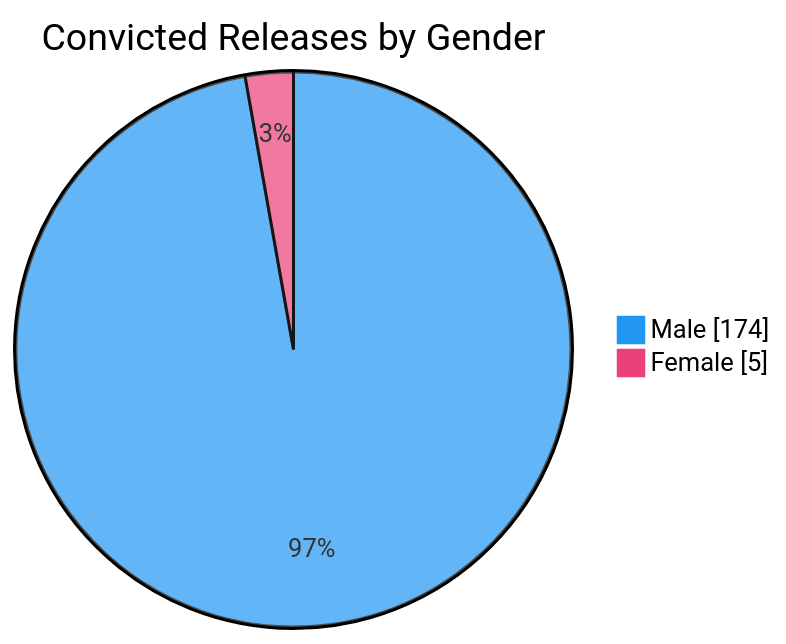
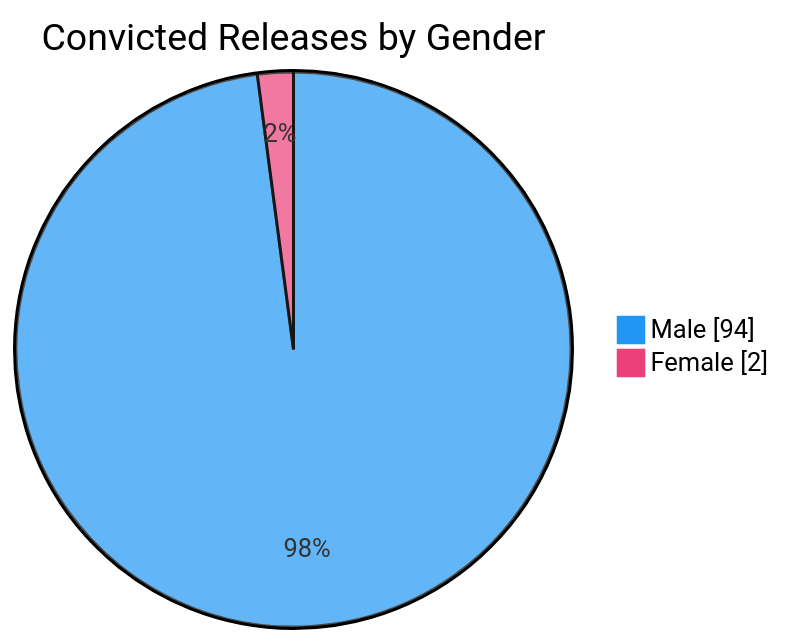
One commit to nuuuwan/lk_prisons changed the sixth of 7 diagrams in README.md. Above: the diagram before and after it, drawn with Mermaid. The commit also changed other lines of this file and 1 other file, not shown here.

````diff
--- a/README.md
+++ b/README.md
@@ -98,6 +98,6 @@
 ```mermaid
 %%{init: {'themeVariables': {'pie1': '#2196F3', 'pie2': '#EC407A'}}}%%
 pie showData title Convicted Releases by Gender
-    "Male" : 174
-    "Female" : 5
+    "Male" : 94
+    "Female" : 2
 ```
````
